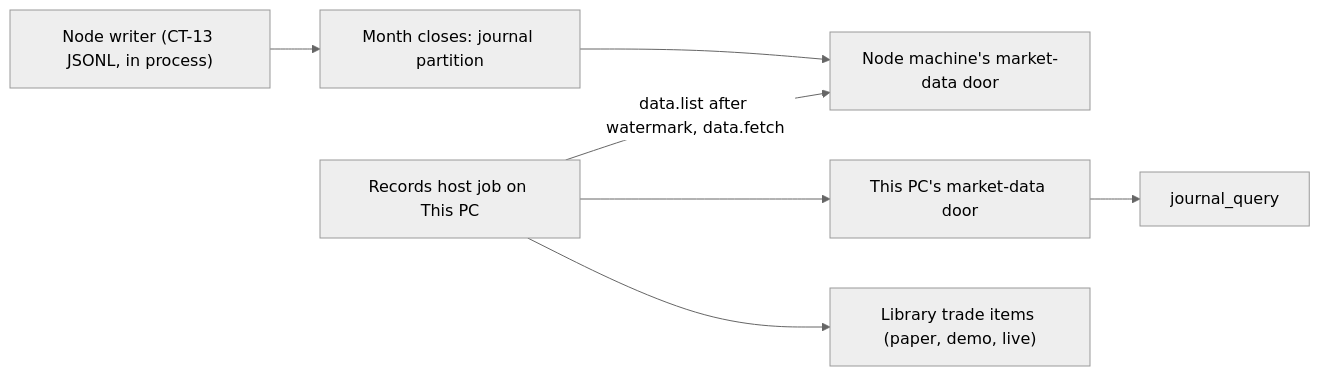
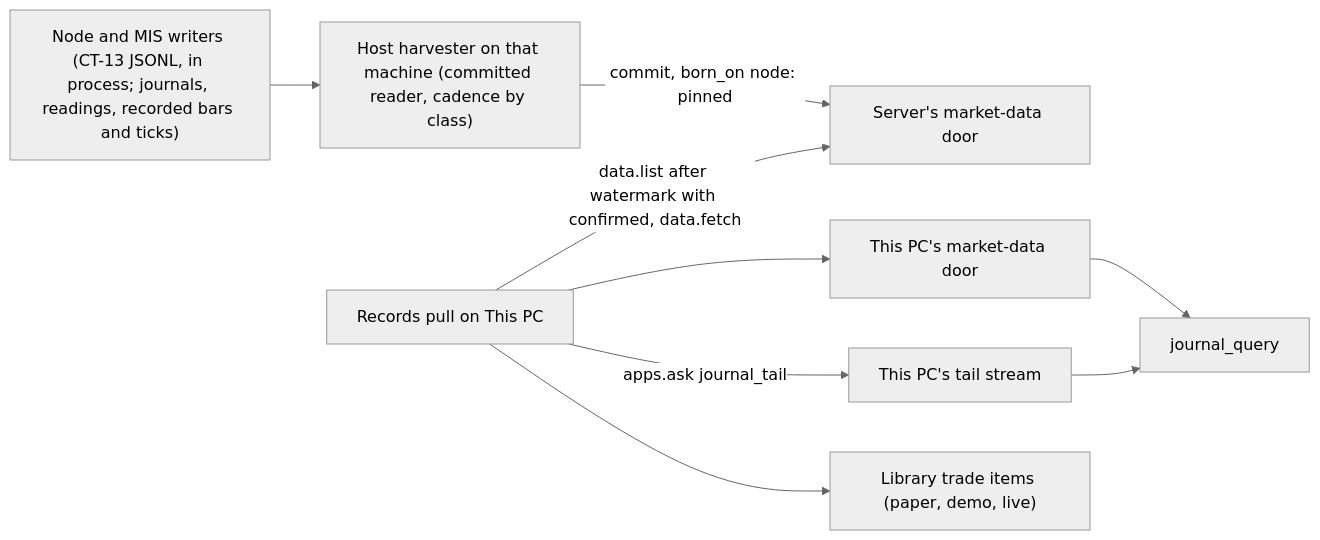
The third of 3 diagrams in tracker/risk-sizing/architecture/parts/B-qmb-journals-workflows/ARCHITECTURE-SPINE.md (mubarakhimself-byte/QMX), drawn with Mermaid (neutral theme) before and after one commit. The commit also changed other lines of this file and 12 other files, not shown here.

Commit message:
risk-sizing: R1 fix round, part B (11 findings applied; shared unit handler B5b; one harvester per machine; read-only journal reader)

````diff
--- a/tracker/risk-sizing/architecture/parts/B-qmb-journals-workflows/ARCHITECTURE-SPINE.md
+++ b/tracker/risk-sizing/architecture/parts/B-qmb-journals-workflows/ARCHITECTURE-SPINE.md
@@ -377,9 +387,11 @@
 ```mermaid
 flowchart LR
-  NODEW["Node writer (CT-13 JSONL, in process)"] --> ROLL["Month closes: journal partition"]
-  ROLL --> NDOOR["Node machine's market-data door"]
-  PCJOB["Records host job on This PC"] -->|"data.list after watermark, data.fetch"| NDOOR
+  NODEW["Node and MIS writers (CT-13 JSONL, in process; journals, readings, recorded bars and ticks)"] --> HARV["Host harvester on that machine (committed reader, cadence by class)"]
+  HARV -->|"commit, born_on node: pinned"| NDOOR["Server's market-data door"]
+  PCJOB["Records pull on This PC"] -->|"data.list after watermark with confirmed, data.fetch"| NDOOR
+  PCJOB -->|"apps.ask journal_tail"| TAIL["This PC's tail stream"]
   PCJOB --> PCDOOR["This PC's market-data door"]
   PCJOB --> TRADE["Library trade items (paper, demo, live)"]
   PCDOOR --> JQ["journal_query"]
+  TAIL --> JQ
 ```
````
